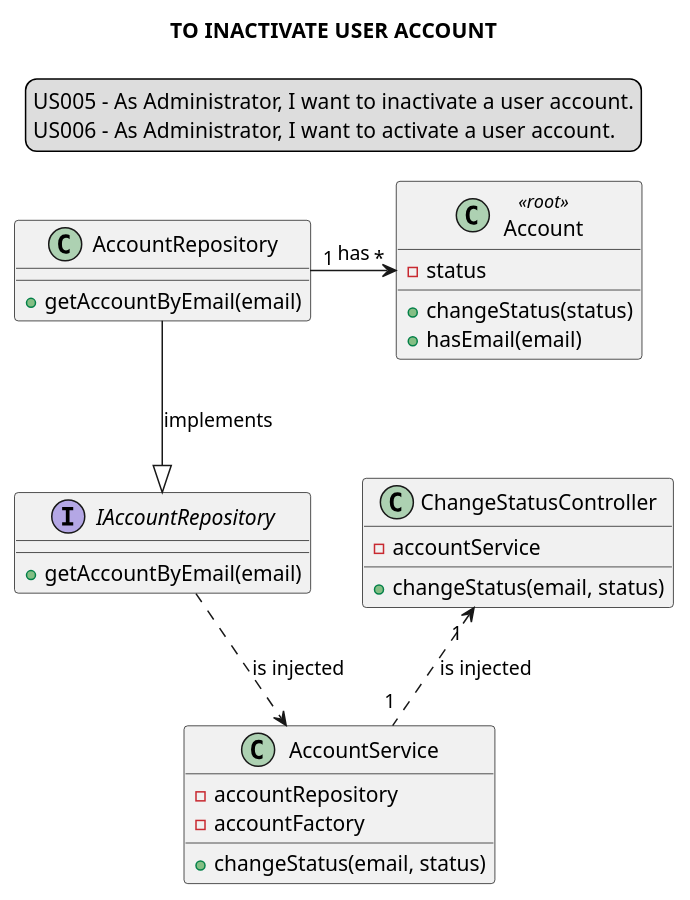
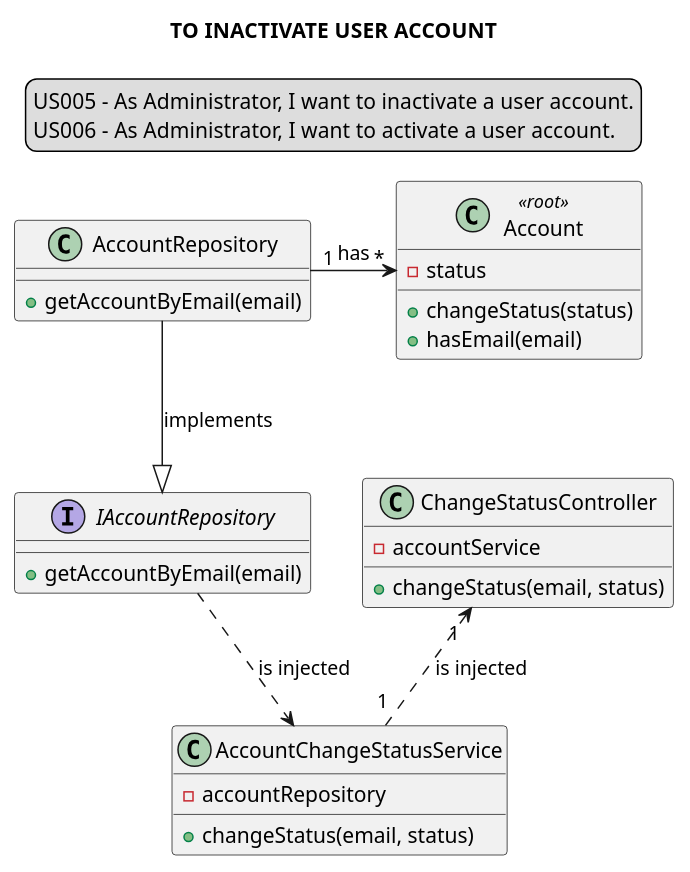
Before and after one commit to Loracline/project_switch_22-23: the diagram in docs/modelling_design/user_stories/sprint01/us005_us06/US005_US006_classDiagram.puml, drawn with PlantUML. The commit also changed 2 other files, not shown here.

Commit message:
US02,4-6: Design: update Class Diagrams. Addresses #457

```diff
--- a/docs/modelling_design/user_stories/sprint01/us005_us06/US005_US006_classDiagram.puml
+++ b/docs/modelling_design/user_stories/sprint01/us005_us06/US005_US006_classDiagram.puml
@@ -1,39 +1,38 @@
 @startuml
 legend top
 US005 - As Administrator, I want to inactivate a user account.
 US006 - As Administrator, I want to activate a user account.
 end legend
 skinparam sequenceMessageAlign center
 title TO INACTIVATE USER ACCOUNT
 
 class ChangeStatusController {
 -accountService
 +changeStatus(email, status)
 }
 
-class AccountService {
+class AccountChangeStatusService {
 -accountRepository
--accountFactory
 +changeStatus(email, status)
 }
 
 class AccountRepository{
 +getAccountByEmail(email)
 }
 
 interface IAccountRepository{
 +getAccountByEmail(email)
 }
 
 class Account <<root>>{
 -status
 +changeStatus(status)
 +hasEmail(email)
 }
 
 AccountRepository "1"->"*" Account: has
-ChangeStatusController"1 " <.. "1 "AccountService : is injected
-IAccountRepository ..> AccountService : is injected
+ChangeStatusController"1 " <.. "1 "AccountChangeStatusService : is injected
+IAccountRepository ..> AccountChangeStatusService : is injected
 AccountRepository --|> IAccountRepository : implements
 
 @enduml
```
